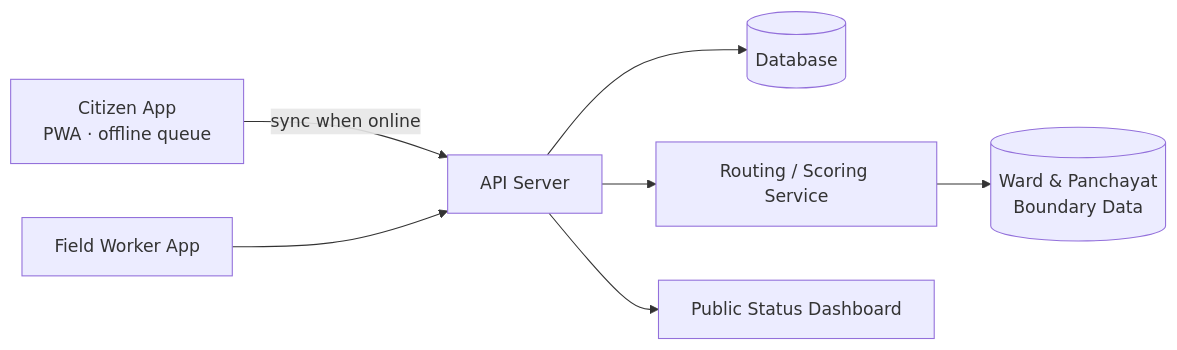
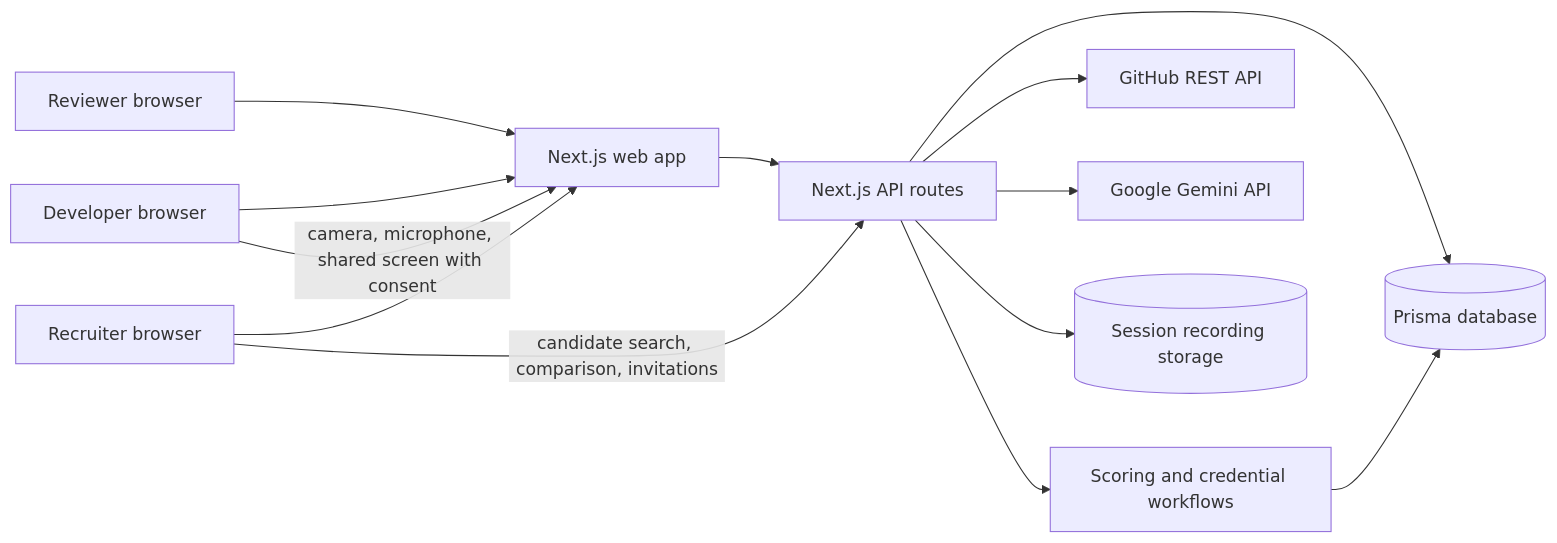
The first of 2 diagrams in docs/architecture.md (visheshdevanur/hackmysp2), drawn with Mermaid before and after one commit. The commit also changed other lines of this file and 7 other files, not shown here.

````diff
--- a/docs/architecture.md
+++ b/docs/architecture.md
@@ -10,9 +7,15 @@
 ```mermaid
 flowchart LR
-    A[Citizen App<br/>PWA · offline queue] -->|sync when online| B[API Server]
-    W[Field Worker App] --> B
-    B --> C[(Database)]
-    B --> D[Routing / Scoring Service]
-    D --> E[(Ward & Panchayat<br/>Boundary Data)]
-    B --> F[Public Status Dashboard]
+    D[Developer browser] --> W[Next.js web app]
+    R[Reviewer browser] --> W
+    H[Recruiter browser] --> W
+    W --> A[Next.js API routes]
+    A --> DB[(Prisma database)]
+    A --> GH[GitHub REST API]
+    A --> AI[Google Gemini API]
+    D -->|camera, microphone, shared screen with consent| W
+    A --> S[(Session recording storage)]
+    A --> P[Scoring and credential workflows]
+    P --> DB
+    H -->|candidate search, comparison, invitations| A
 ```
````
